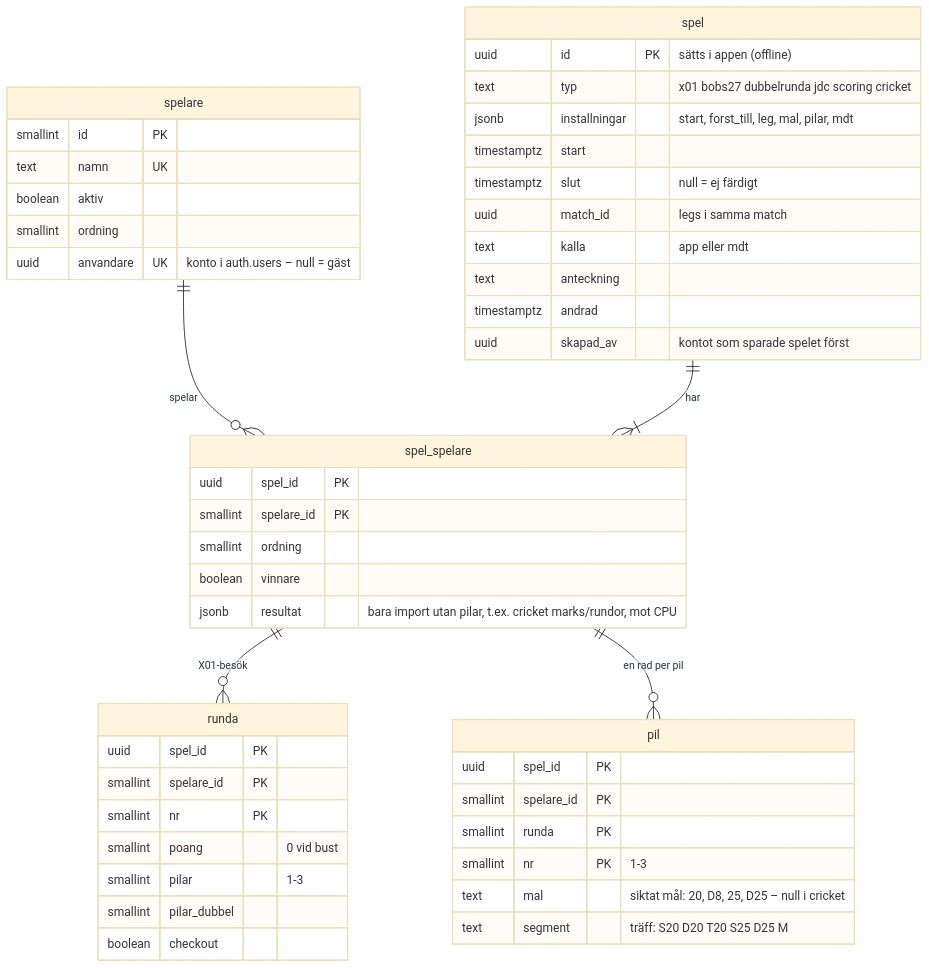
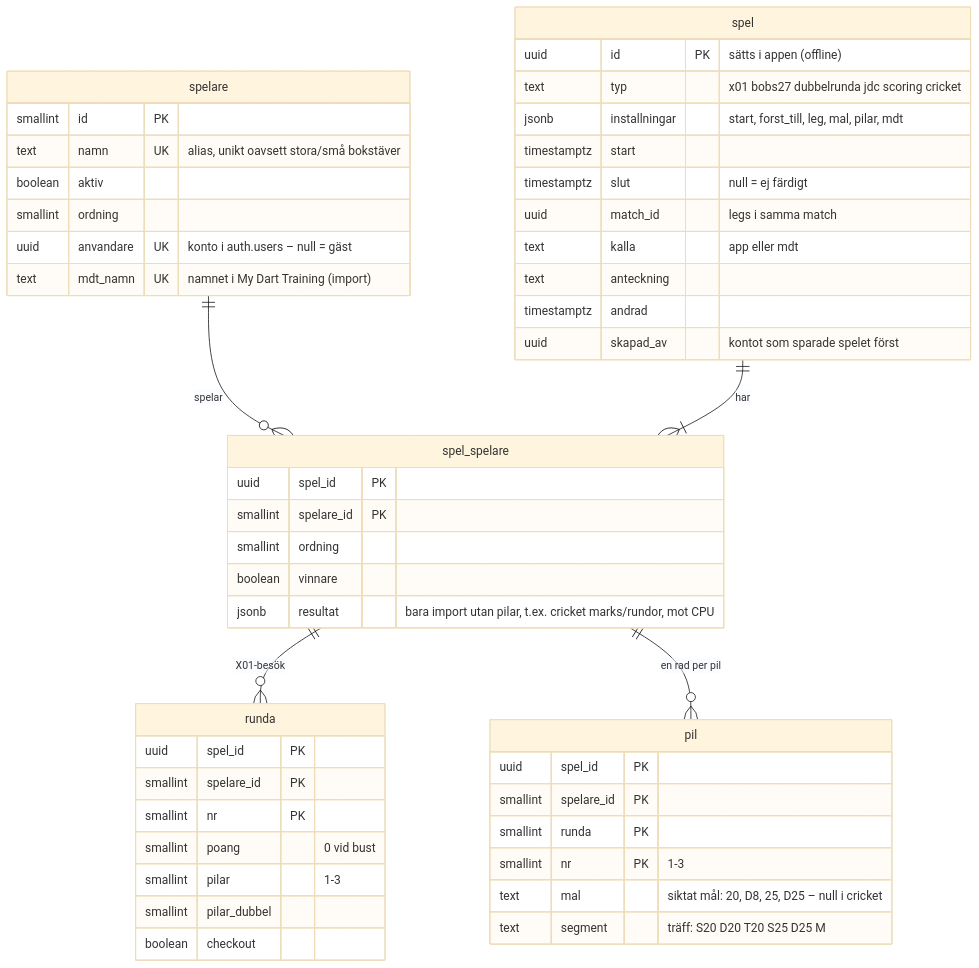
Before and after one commit to Lunkster/darttranare: the diagram in docs/datamodell.md, drawn with Mermaid (base theme). The commit also changed other lines of this file and 19 other files, not shown here.

````diff
--- a/docs/datamodell.md
+++ b/docs/datamodell.md
@@ -5,40 +5,41 @@
 ```mermaid
 erDiagram
   spelare ||--o{ spel_spelare : spelar
   spel ||--|{ spel_spelare : har
   spel_spelare ||--o{ runda : "X01-besök"
   spel_spelare ||--o{ pil : "en rad per pil"
   spelare { smallint id PK
-    text namn UK
+    text namn UK "alias, unikt oavsett stora/små bokstäver"
     boolean aktiv
     smallint ordning
-    uuid anvandare UK "konto i auth.users – null = gäst" }
+    uuid anvandare UK "konto i auth.users – null = gäst"
+    text mdt_namn UK "namnet i My Dart Training (import)" }
   spel { uuid id PK "sätts i appen (offline)"
     text typ "x01 bobs27 dubbelrunda jdc scoring cricket"
     jsonb installningar "start, forst_till, leg, mal, pilar, mdt"
     timestamptz start
     timestamptz slut "null = ej färdigt"
     uuid match_id "legs i samma match"
     text kalla "app eller mdt"
     text anteckning
     timestamptz andrad
     uuid skapad_av "kontot som sparade spelet först" }
   spel_spelare { uuid spel_id PK
     smallint spelare_id PK
     smallint ordning
     boolean vinnare
     jsonb resultat "bara import utan pilar, t.ex. cricket marks/rundor, mot CPU" }
   runda { uuid spel_id PK
     smallint spelare_id PK
     smallint nr PK
     smallint poang "0 vid bust"
     smallint pilar "1-3"
     smallint pilar_dubbel
     boolean checkout }
   pil { uuid spel_id PK
     smallint spelare_id PK
     smallint runda PK
     smallint nr PK "1-3"
     text mal "siktat mål: 20, D8, 25, D25 – null i cricket"
     text segment "träff: S20 D20 T20 S25 D25 M" }
 ```
````
